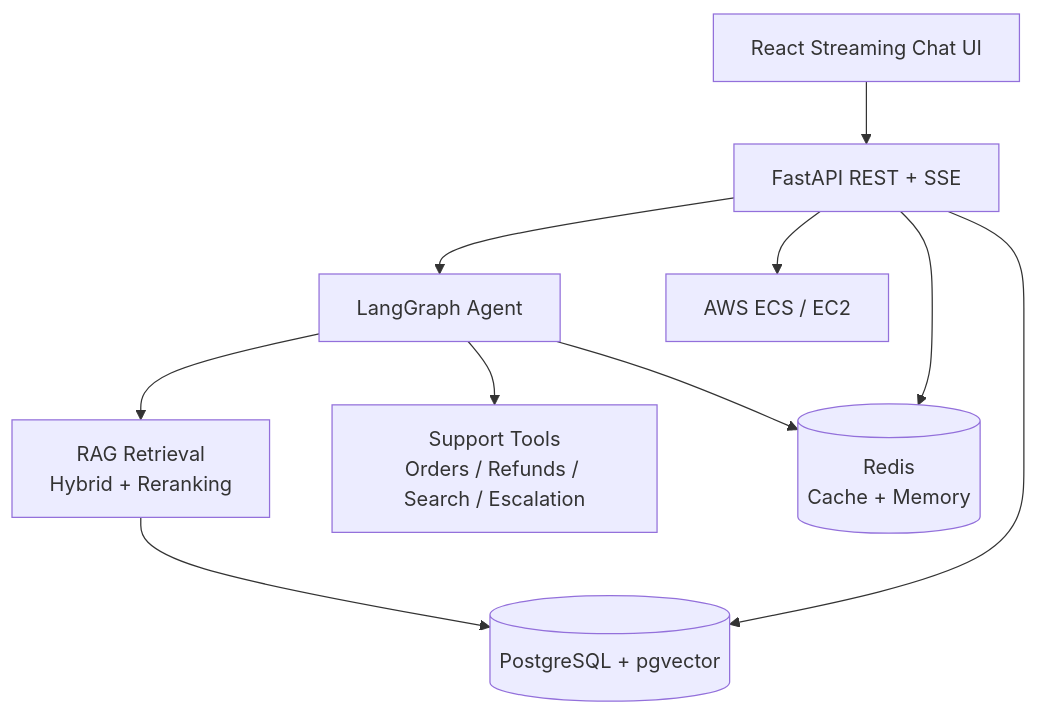
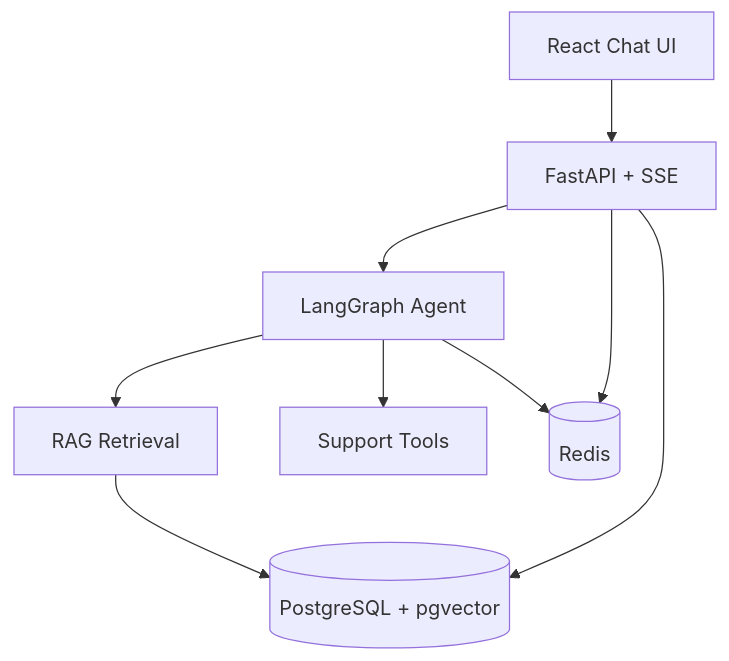
One commit to AloneRider-pixel/enterprise-ai-agent changed the diagram in README.md. Above: the diagram before and after it, drawn with Mermaid. The commit also changed other lines of this file, not shown here.

````diff
--- a/README.md
+++ b/README.md
@@ -12,23 +19,11 @@
 ```mermaid
 graph TB
-    UI[React Streaming Chat UI]
-    API[FastAPI REST + SSE]
-    AGENT[LangGraph Agent]
-    RAG[RAG Retrieval
-Hybrid + Reranking]
-    TOOLS[Support Tools
-Orders / Refunds / Search / Escalation]
-    REDIS[(Redis
-Cache + Memory)]
-    PG[(PostgreSQL + pgvector)]
-    AWS[AWS ECS / EC2]
-
-    UI --> API --> AGENT
-    AGENT --> RAG
-    AGENT --> TOOLS
-    RAG --> PG
-    AGENT --> REDIS
+    UI[React Chat UI] --> API[FastAPI + SSE]
+    API --> AGENT[LangGraph Agent]
+    AGENT --> RAG[RAG Retrieval]
+    AGENT --> TOOLS[Support Tools]
+    RAG --> PG[(PostgreSQL + pgvector)]
+    AGENT --> REDIS[(Redis)]
+    API --> PG
     API --> REDIS
-    API --> PG
-    API --> AWS
 ```
````
